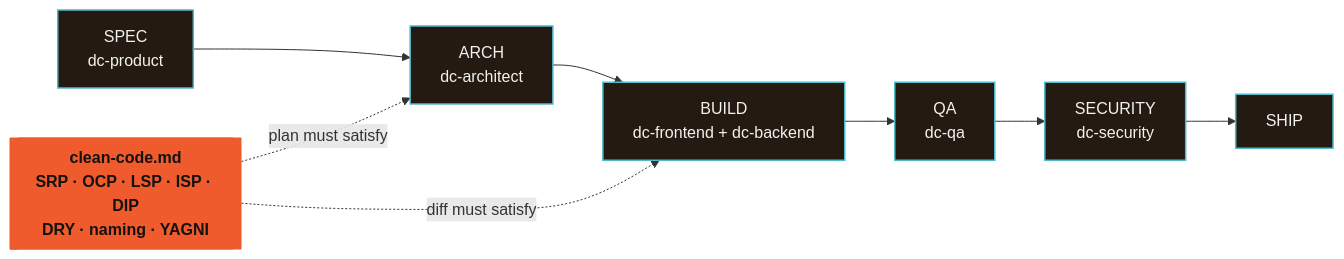
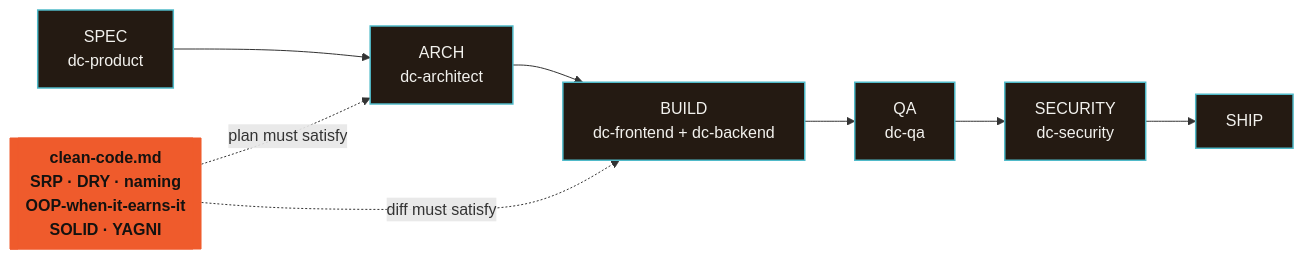
Before and after one commit to adro0303/overclaude: the first of 2 diagrams in README.md, drawn with Mermaid. The commit also changed other lines of this file and 1 other file, not shown here.

First line of the commit message:
Make OOP-when-it-earns-it visible again alongside SOLID

````diff
--- a/README.md
+++ b/README.md
@@ -127,15 +127,15 @@
 ```mermaid
 flowchart LR
     SPEC["SPEC<br/>dc-product"] --> ARCH["ARCH<br/>dc-architect"]
     ARCH --> BUILD["BUILD<br/>dc-frontend + dc-backend"]
     BUILD --> QA["QA<br/>dc-qa"] --> SEC["SECURITY<br/>dc-security"] --> SHIP["SHIP"]
 
-    CC[["clean-code.md<br/>SRP · OCP · LSP · ISP · DIP<br/>DRY · naming · YAGNI"]]
+    CC[["clean-code.md<br/>SRP · DRY · naming<br/>OOP-when-it-earns-it<br/>SOLID · YAGNI"]]
     CC -. "plan must satisfy" .-> ARCH
     CC -. "diff must satisfy" .-> BUILD
 
     classDef phase fill:#241a12,stroke:#4fbac9,stroke-width:1.5px,color:#f3f2ee
     classDef gate fill:#ef5b2c,stroke:#ef5b2c,color:#141210,font-weight:bold
     class SPEC,ARCH,BUILD,QA,SEC,SHIP phase
     class CC gate
 ```
````
